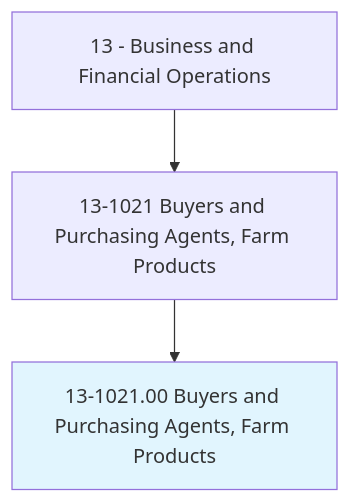
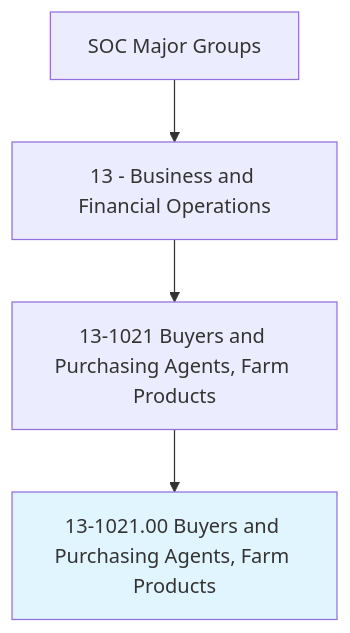
The first of 4 diagrams in occupations/Business/BuyersAndPurchasingAgentsFarmProducts.mdx (kziemski/business.org.ai), drawn with Mermaid before and after one commit. The commit also changed other lines of this file and 938 other files, not shown here.

````diff
--- a/occupations/Business/BuyersAndPurchasingAgentsFarmProducts.mdx
+++ b/occupations/Business/BuyersAndPurchasingAgentsFarmProducts.mdx
@@ -19,6 +25,7 @@
 ```mermaid
 graph TD
-    Cat13["13 - Business and Financial Operations"] --> Group131021["13-1021 Buyers and Purchasing Agents, Farm Products"]
-    Group131021 --> Current["13-1021.00 Buyers and Purchasing Agents, Farm Products"]
+    SOC["SOC Major Groups"] --> Cat13["13 - Business and Financial Operations"]
+    Cat13 --> G131021["13-1021 Buyers and Purchasing Agents, Farm Products"]
+    G131021 --> Current["13-1021.00 Buyers and Purchasing Agents, Farm Products"]
     style Current fill:#e1f5fe
 ```
````
